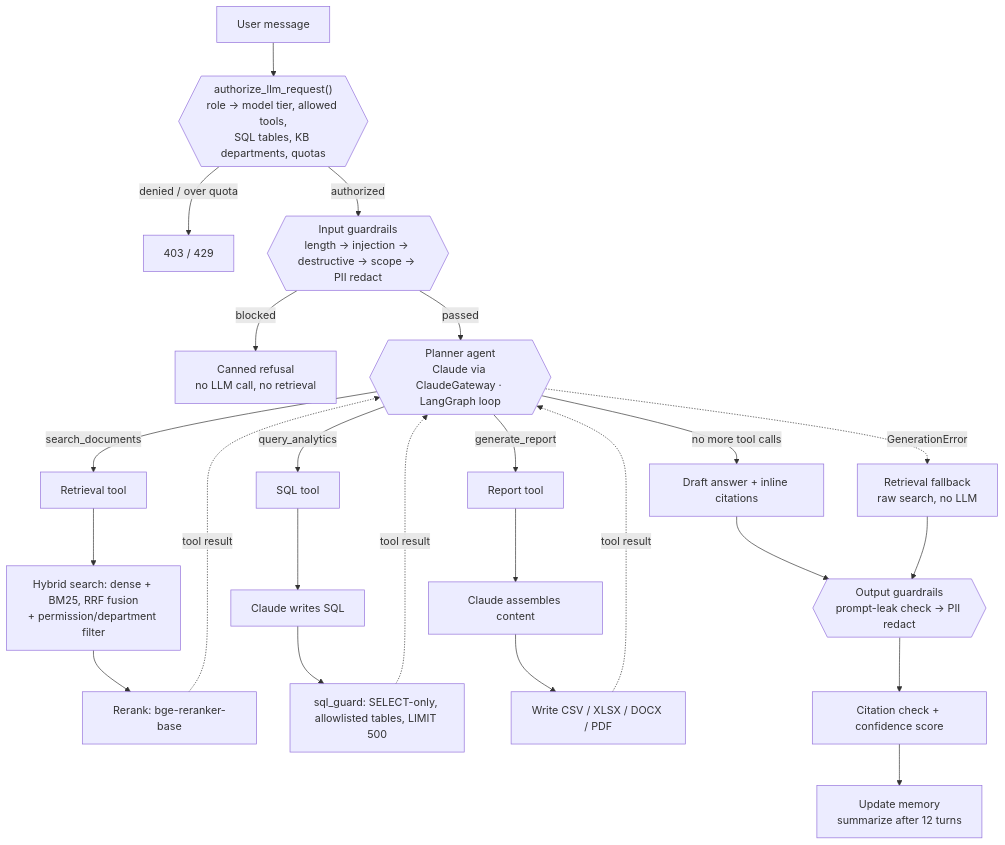
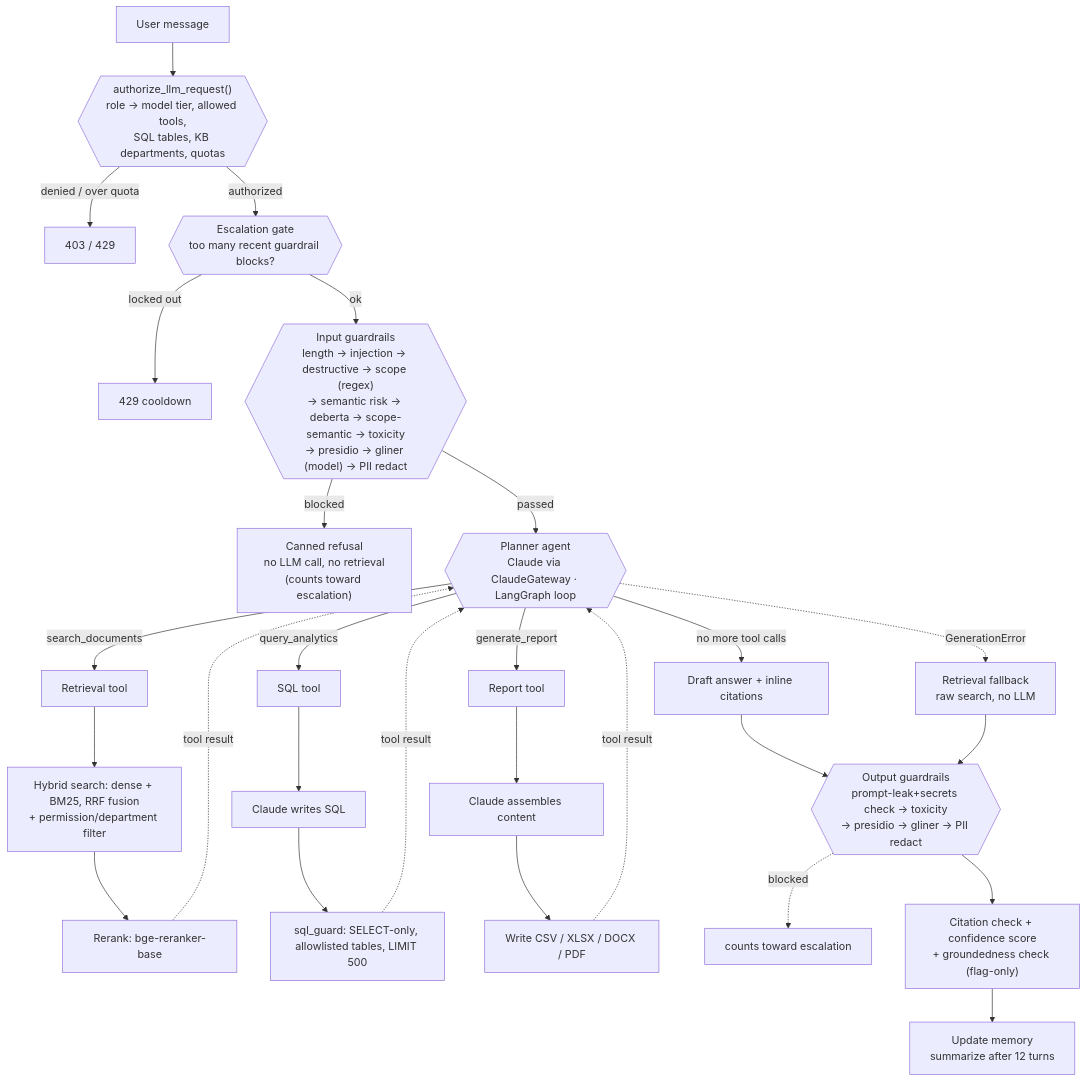
One commit to rithikathena-cmyk/Ai_Rag changed the second of 2 diagrams in WORKFLOW.md. Above: the diagram before and after it, drawn with Mermaid. The commit also changed other lines of this file and 112 other files, not shown here.

First line of the commit message:
Redesign guardrail decisioning, add employee-PII approval workflow, and expand RBAC-scoped corpus

````diff
--- a/WORKFLOW.md
+++ b/WORKFLOW.md
@@ -57,30 +57,33 @@
 ```mermaid
 flowchart TD
     U["User message"] --> RBAC{{"authorize_llm_request()\nrole → model tier, allowed tools,\nSQL tables, KB departments, quotas"}}
     RBAC -- "denied / over quota" --> DENY["403 / 429"]
-    RBAC -- "authorized" --> GIN{{"Input guardrails\nlength → injection → destructive → scope → PII redact"}}
-    GIN -- "blocked" --> REF["Canned refusal\nno LLM call, no retrieval"]
+    RBAC -- "authorized" --> ESC{{"Escalation gate\ntoo many recent guardrail blocks?"}}
+    ESC -- "locked out" --> LOCK["429 cooldown"]
+    ESC -- "ok" --> GIN{{"Input guardrails\nlength → injection → destructive → scope (regex)\n→ semantic risk → deberta → scope-semantic → toxicity\n→ presidio → gliner (model) → PII redact"}}
+    GIN -- "blocked" --> REF["Canned refusal\nno LLM call, no retrieval\n(counts toward escalation)"]
     GIN -- "passed" --> P{{"Planner agent\nClaude via ClaudeGateway · LangGraph loop"}}
     P -- "search_documents" --> T1["Retrieval tool"]
     P -- "query_analytics" --> T2["SQL tool"]
     P -- "generate_report" --> T3["Report tool"]
     P -- "no more tool calls" --> ANS["Draft answer + inline citations"]
     P -. "GenerationError" .-> FB["Retrieval fallback\nraw search, no LLM"]
 
     T1 --> R1["Hybrid search: dense + BM25, RRF fusion\n+ permission/department filter"]
     R1 --> R2["Rerank: bge-reranker-base"]
     R2 -. "tool result" .-> P
 
     T2 --> S1["Claude writes SQL"]
     S1 --> S2["sql_guard: SELECT-only, allowlisted tables, LIMIT 500"]
     S2 -. "tool result" .-> P
 
     T3 --> RP1["Claude assembles content"]
     RP1 --> RP2["Write CSV / XLSX / DOCX / PDF"]
     RP2 -. "tool result" .-> P
 
-    ANS --> GOUT{{"Output guardrails\nprompt-leak check → PII redact"}}
+    ANS --> GOUT{{"Output guardrails\nprompt-leak+secrets check → toxicity\n→ presidio → gliner → PII redact"}}
     FB --> GOUT
-    GOUT --> CIT["Citation check + confidence score"]
+    GOUT -. "blocked" .-> LOCK2["counts toward escalation"]
+    GOUT --> CIT["Citation check + confidence score\n+ groundedness check (flag-only)"]
     CIT --> MEM["Update memory\nsummarize after 12 turns"]
 ```
````
